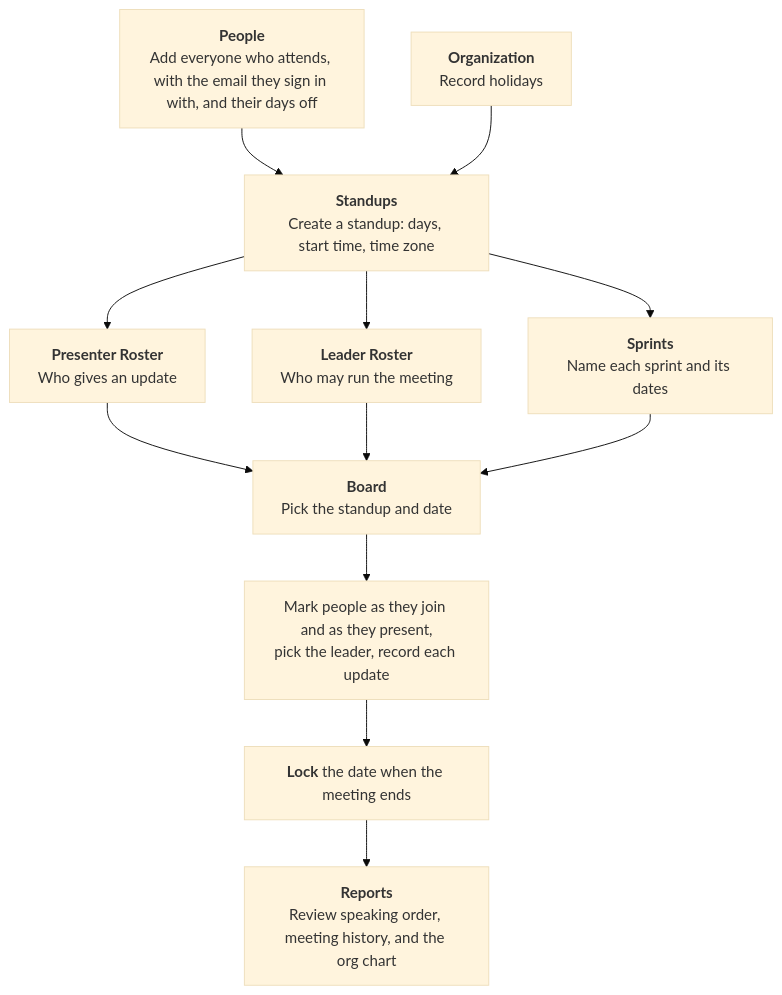
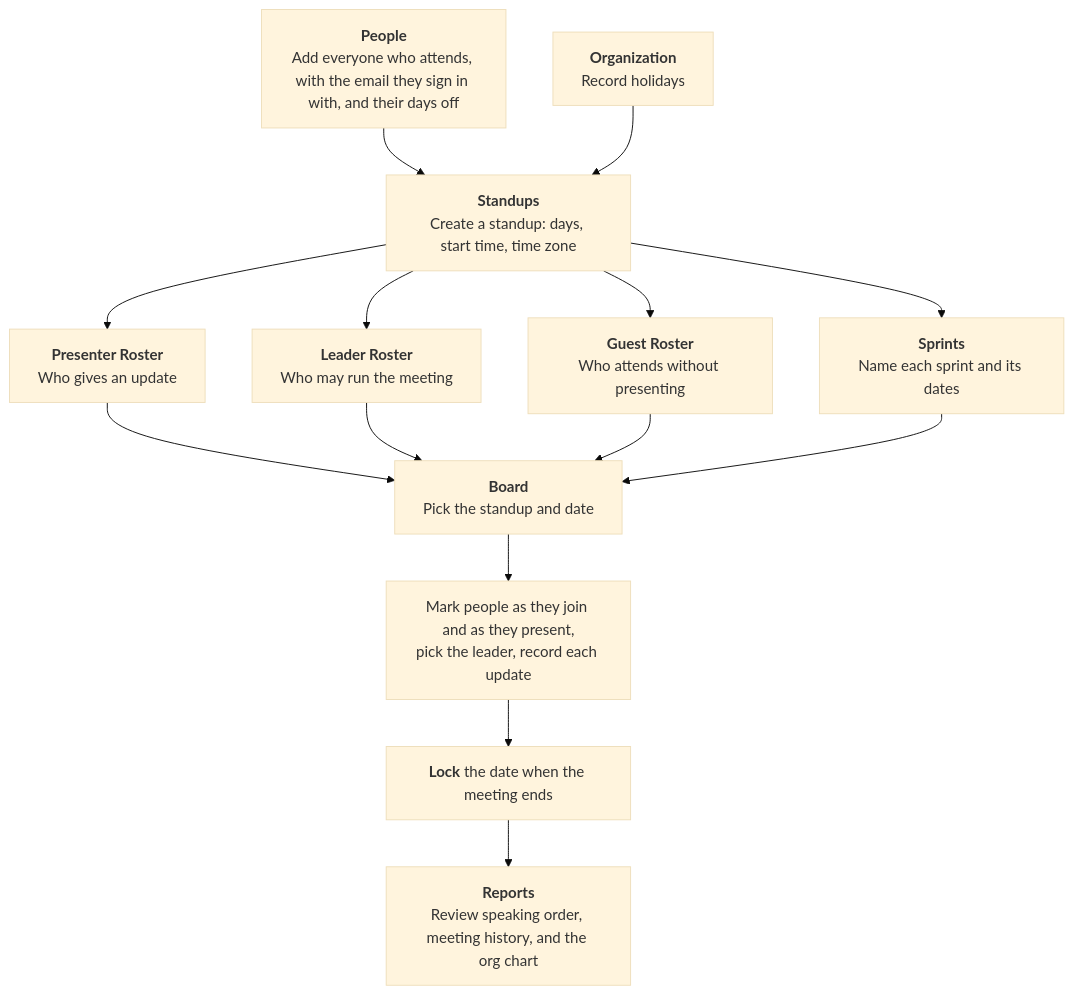
One commit to geekfog/StandFast changed the first of 3 diagrams in README.md. Above: the diagram before and after it, drawn with Mermaid (base theme). The commit also changed other lines of this file and 21 other files, not shown here.

````diff
--- a/README.md
+++ b/README.md
@@ -51,23 +52,26 @@
 ```mermaid
 flowchart TB
     People["<b>People</b><br/>Add everyone who attends, with the email they sign in with, and their days off"]
     Organization["<b>Organization</b><br/>Record holidays"]
     Standup["<b>Standups</b><br/>Create a standup: days, start time, time zone"]
     Presenters["<b>Presenter Roster</b><br/>Who gives an update"]
     Leaders["<b>Leader Roster</b><br/>Who may run the meeting"]
+    Guests["<b>Guest Roster</b><br/>Who attends without presenting"]
     Sprints["<b>Sprints</b><br/>Name each sprint and its dates"]
     Board["<b>Board</b><br/>Pick the standup and date"]
     Run["Mark people as they join and as they present,<br/>pick the leader, record each update"]
     Lock["<b>Lock</b> the date when the meeting ends"]
     Reports["<b>Reports</b><br/>Review speaking order, meeting history, and the org chart"]
 
     People --> Standup
     Organization --> Standup
     Standup --> Presenters
     Standup --> Leaders
+    Standup --> Guests
     Standup --> Sprints
     Presenters --> Board
     Leaders --> Board
+    Guests --> Board
     Sprints --> Board
     Board --> Run --> Lock --> Reports
 ```
````
